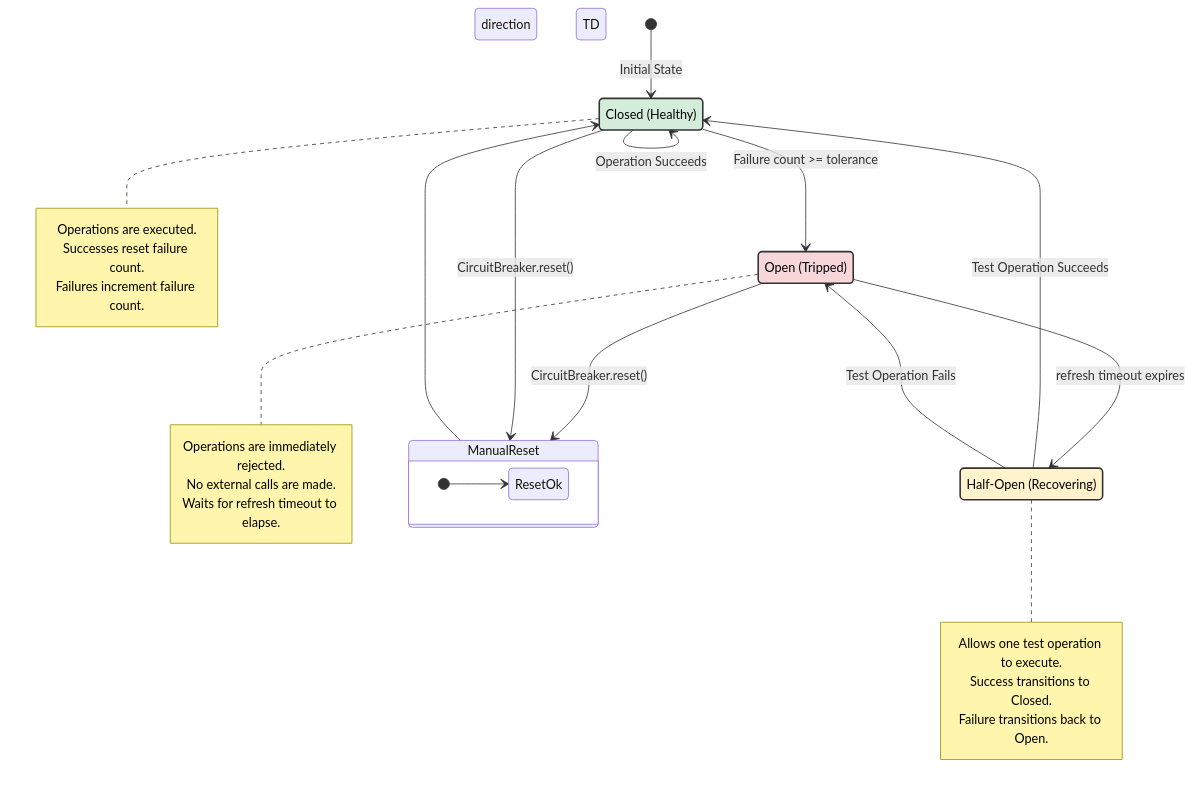
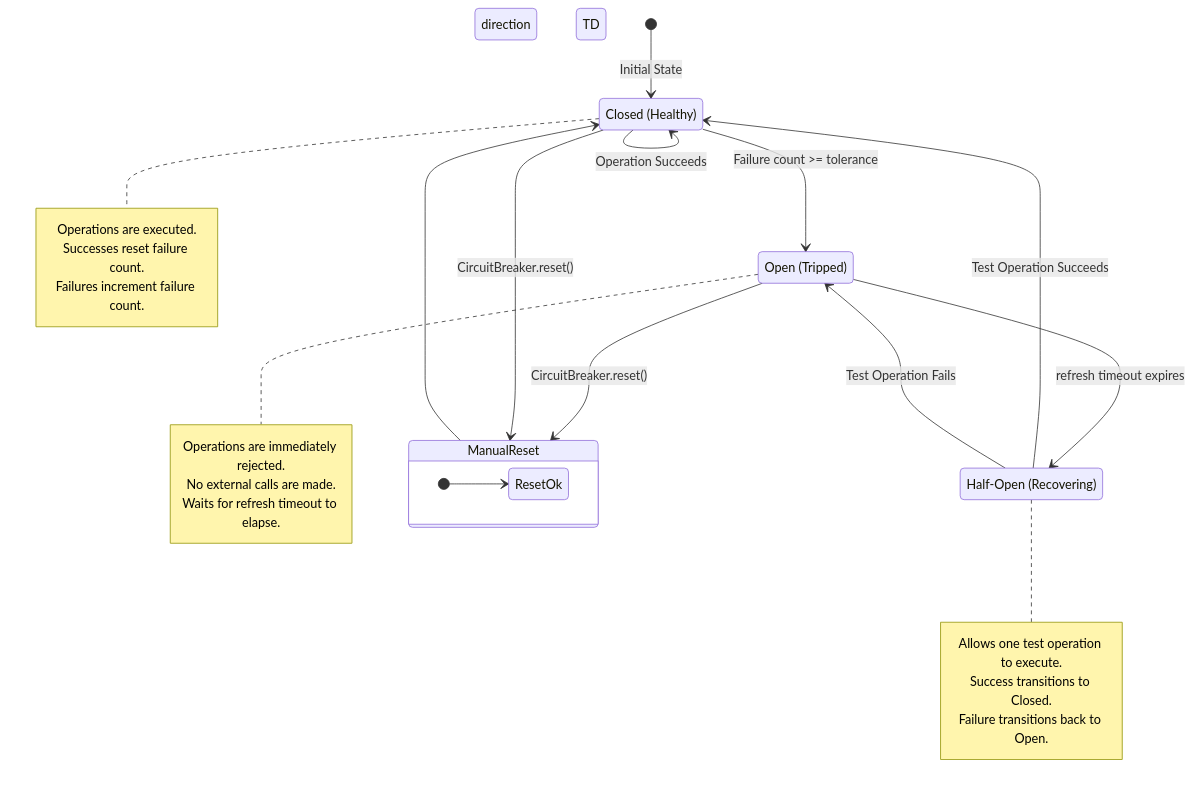
One commit to nshkrdotcom/foundation changed the tenth of 11 diagrams in docs/ARCH_DIAGS.md. Above: the diagram before and after it, drawn with Mermaid. The commit also changed other lines of this file, not shown here.

Commit message:
remove styles for mermaid 10.2 compat

````diff
--- a/docs/ARCH_DIAGS.md
+++ b/docs/ARCH_DIAGS.md
@@ -489,50 +481,45 @@
 ```mermaid
 stateDiagram-v2
     direction TD
     
     ClosedHealthy : Closed (Healthy)
     OpenTripped : Open (Tripped)
     HalfOpenRecovering : Half-Open (Recovering)
     
     note right of ClosedHealthy
         Operations are executed.
         Successes reset failure count.
         Failures increment failure count.
     end note
     
     note right of OpenTripped
         Operations are immediately rejected.
         No external calls are made.
         Waits for refresh timeout to elapse.
     end note
 
     note right of HalfOpenRecovering
         Allows one test operation to execute.
         Success transitions to Closed.
         Failure transitions back to Open.
     end note
     
     state ManualReset {
         direction LR
         [*] --> ResetOk
     }
     
     [*] --> ClosedHealthy: Initial State
 
     ClosedHealthy --> ClosedHealthy: Operation Succeeds
     ClosedHealthy --> OpenTripped: Failure count >= tolerance
     
     OpenTripped --> HalfOpenRecovering: refresh timeout expires
     
     HalfOpenRecovering --> ClosedHealthy: Test Operation Succeeds
     HalfOpenRecovering --> OpenTripped: Test Operation Fails
 
     OpenTripped --> ManualReset: CircuitBreaker.reset()
     ClosedHealthy --> ManualReset: CircuitBreaker.reset()
     ManualReset --> ClosedHealthy
-    
-    style ClosedHealthy fill:#d4edda,stroke:#333,stroke-width:2,color:#000
-    style OpenTripped fill:#f8d7da,stroke:#333,stroke-width:2,color:#000
-    style HalfOpenRecovering fill:#fff3cd,stroke:#333,stroke-width:2,color:#000
-    style ManualReset fill:#d1ecf1,stroke:#333,stroke-width:1,color:#000
 ```
````
